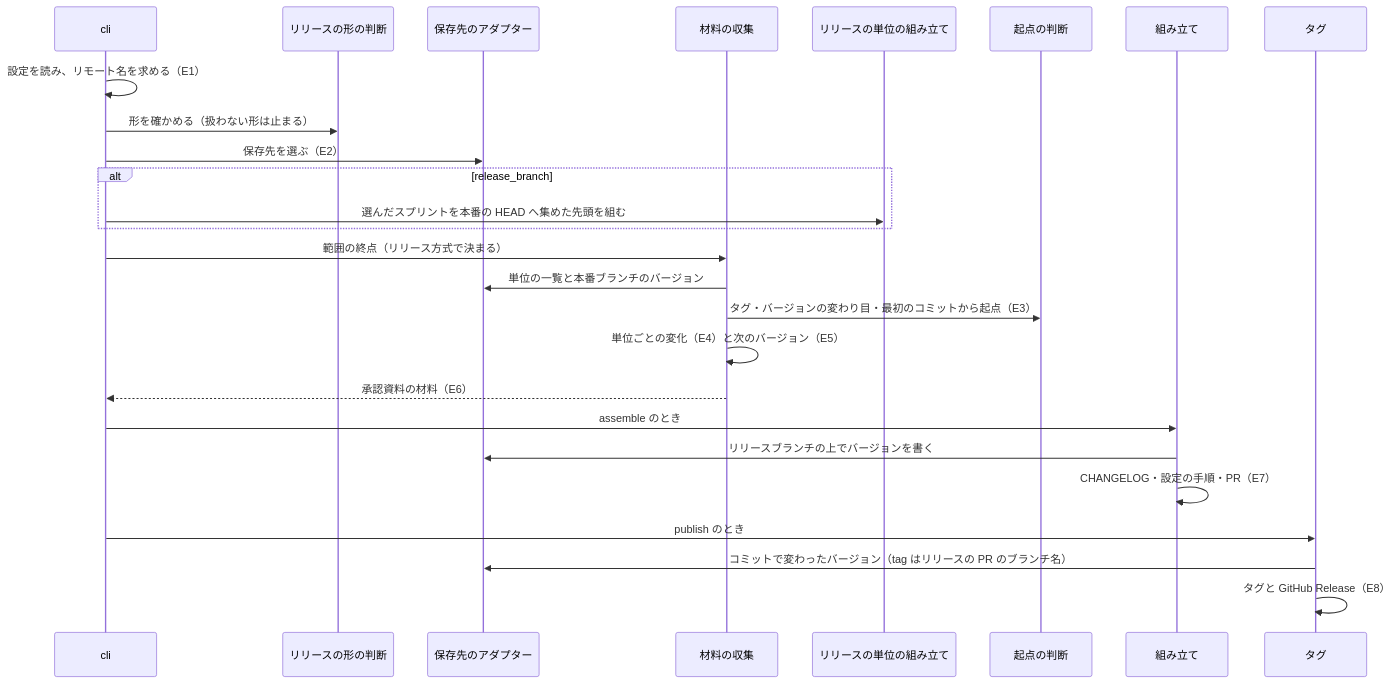
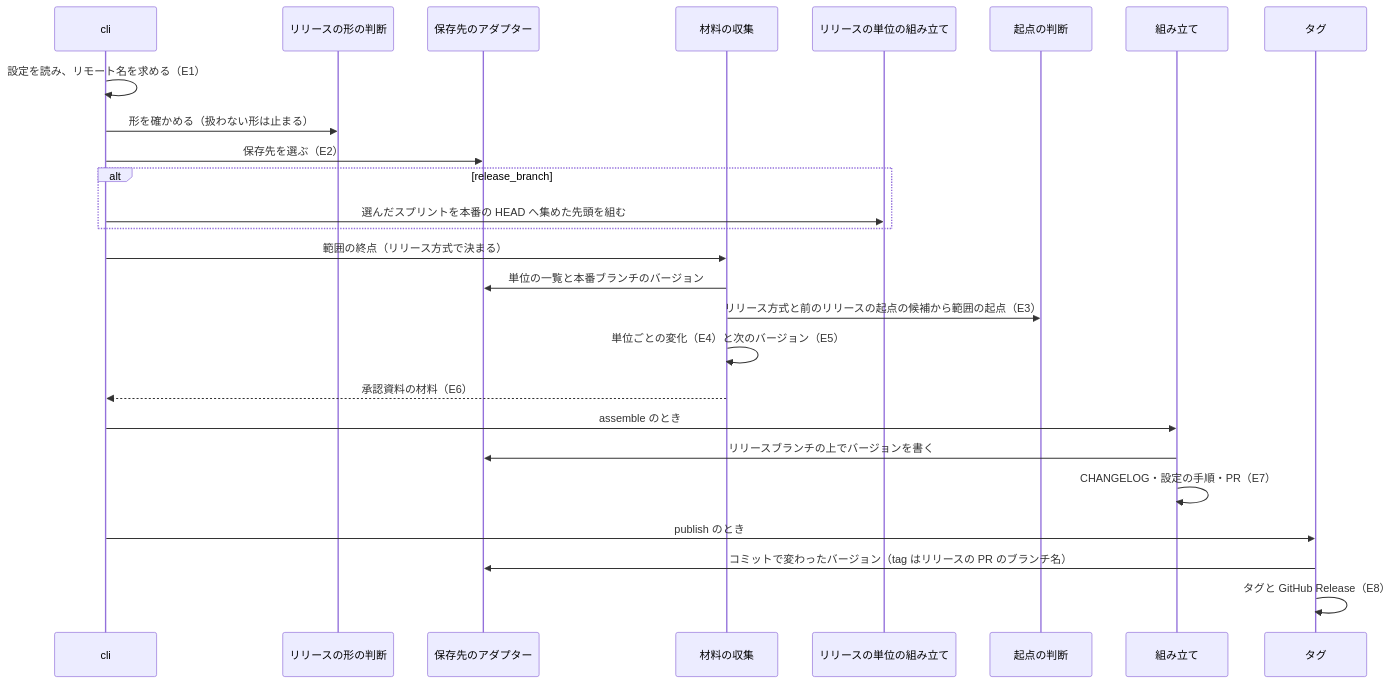
Before and after one commit to devbasex/ai-plugins: the third of 3 diagrams in issues/issue-3615-design.md, drawn with Mermaid. The commit also changed other lines of this file and 3 other files, not shown here.

````diff
--- a/issues/issue-3615-design.md
+++ b/issues/issue-3615-design.md
@@ -348,28 +363,28 @@
 ```mermaid
 sequenceDiagram
   participant C as cli
   participant F as リリースの形の判断
   participant S as 保存先のアダプター
   participant G as 材料の収集
   participant U as リリースの単位の組み立て
   participant D as 起点の判断
   participant A as 組み立て
   participant T as タグ
   C->>C: 設定を読み、リモート名を求める（E1）
   C->>F: 形を確かめる（扱わない形は止まる）
   C->>S: 保存先を選ぶ（E2）
   alt release_branch
     C->>U: 選んだスプリントを本番の HEAD へ集めた先頭を組む
   end
   C->>G: 範囲の終点（リリース方式で決まる）
   G->>S: 単位の一覧と本番ブランチのバージョン
-  G->>D: タグ・バージョンの変わり目・最初のコミットから起点（E3）
+  G->>D: リリース方式と前のリリースの起点の候補から範囲の起点（E3）
   G->>G: 単位ごとの変化（E4）と次のバージョン（E5）
   G-->>C: 承認資料の材料（E6）
   C->>A: assemble のとき
   A->>S: リリースブランチの上でバージョンを書く
   A->>A: CHANGELOG・設定の手順・PR（E7）
   C->>T: publish のとき
   T->>S: コミットで変わったバージョン（tag はリリースの PR のブランチ名）
   T->>T: タグと GitHub Release（E8）
 ```
````
